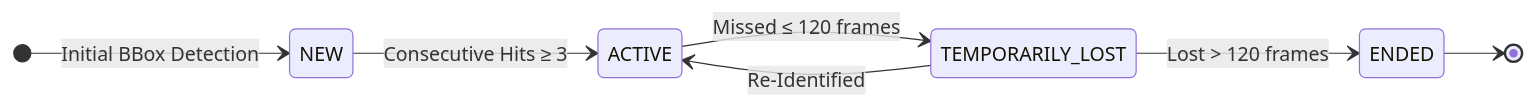
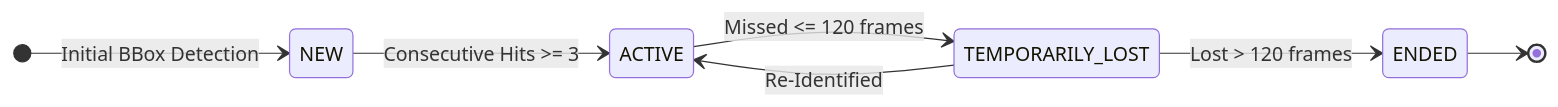
One commit to mahammadanish321/TEAFFIX changed the second of 2 diagrams in README.md. Above: the diagram before and after it, drawn with Mermaid. The commit also changed other lines of this file, not shown here.

````diff
--- a/README.md
+++ b/README.md
@@ -185,10 +185,10 @@
 ```mermaid
 stateDiagram-v2
     direction LR
     [*] --> NEW: Initial BBox Detection
-    NEW --> ACTIVE: Consecutive Hits ≥ 3
-    ACTIVE --> TEMPORARILY_LOST: Missed ≤ 120 frames
+    NEW --> ACTIVE: Consecutive Hits >= 3
+    ACTIVE --> TEMPORARILY_LOST: Missed <= 120 frames
     TEMPORARILY_LOST --> ACTIVE: Re-Identified
     TEMPORARILY_LOST --> ENDED: Lost > 120 frames
     ENDED --> [*]
 ```
````
